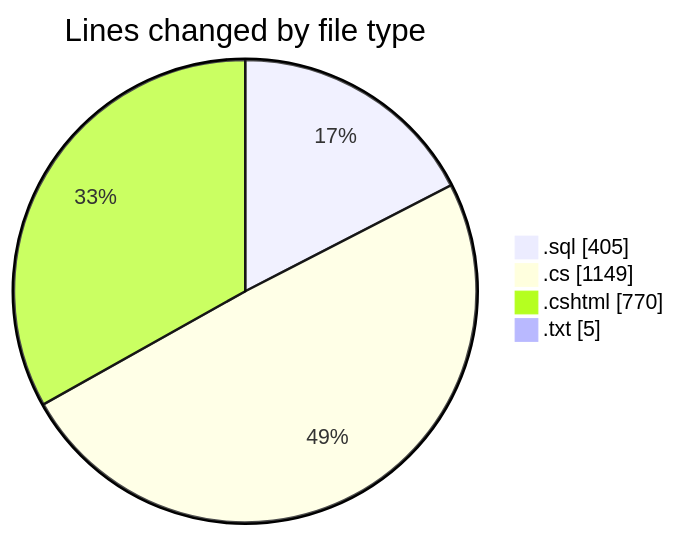
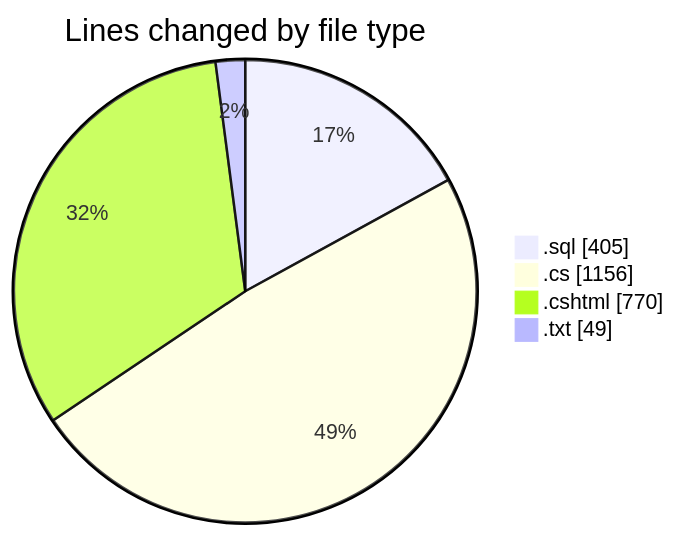
The first of 2 diagrams in 2025-07-23/quanlyrapchieuphim/README.md (lephambinh05/code-tracking), drawn with Mermaid before and after one commit. The commit also changed other lines of this file and 1 other file, not shown here.

````diff
--- a/2025-07-23/quanlyrapchieuphim/README.md
+++ b/2025-07-23/quanlyrapchieuphim/README.md
@@ -27,8 +27,8 @@
 ```mermaid
 pie showData
 title Lines changed by file type
 ".sql" : 405
-".cs" : 1149
+".cs" : 1156
 ".cshtml" : 770
-".txt" : 5
+".txt" : 49
 ```
````
